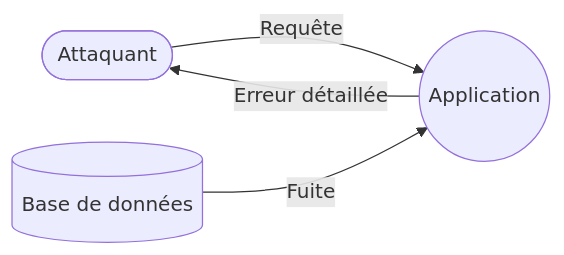
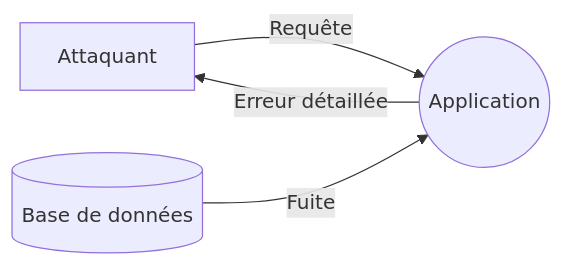
The first of 2 diagrams in _notes/stride/menaces/stride-information-disclosure.md (ophenix-maisonneuve/420-950-ma-site-web), drawn with Mermaid before and after one commit. The commit also changed 4 other files, not shown here.

````diff
--- a/_notes/stride/menaces/stride-information-disclosure.md
+++ b/_notes/stride/menaces/stride-information-disclosure.md
@@ -50,6 +50,6 @@
 ```mermaid
 flowchart LR
-    User([Attaquant]) -->|Requête| App((Application))
+    User[Attaquant] -->|Requête| App((Application))
     App -->|Erreur détaillée| User
     DB[(Base de données)] -->|Fuite| App
 ```
````
